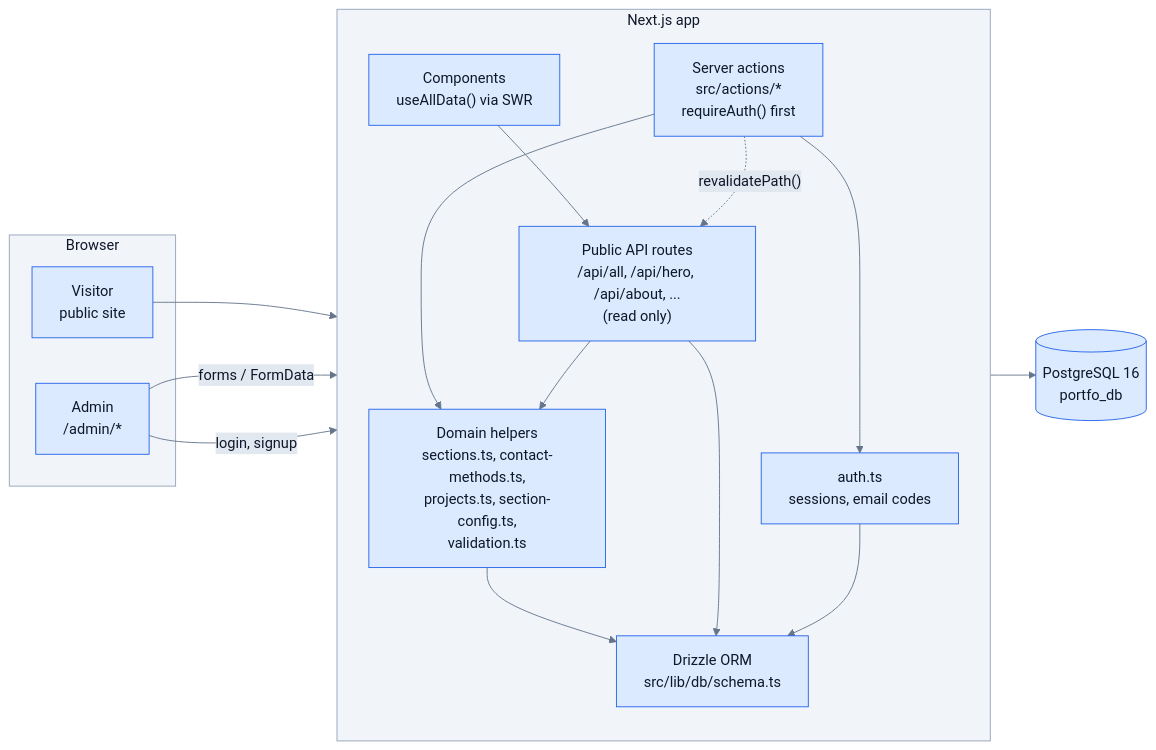
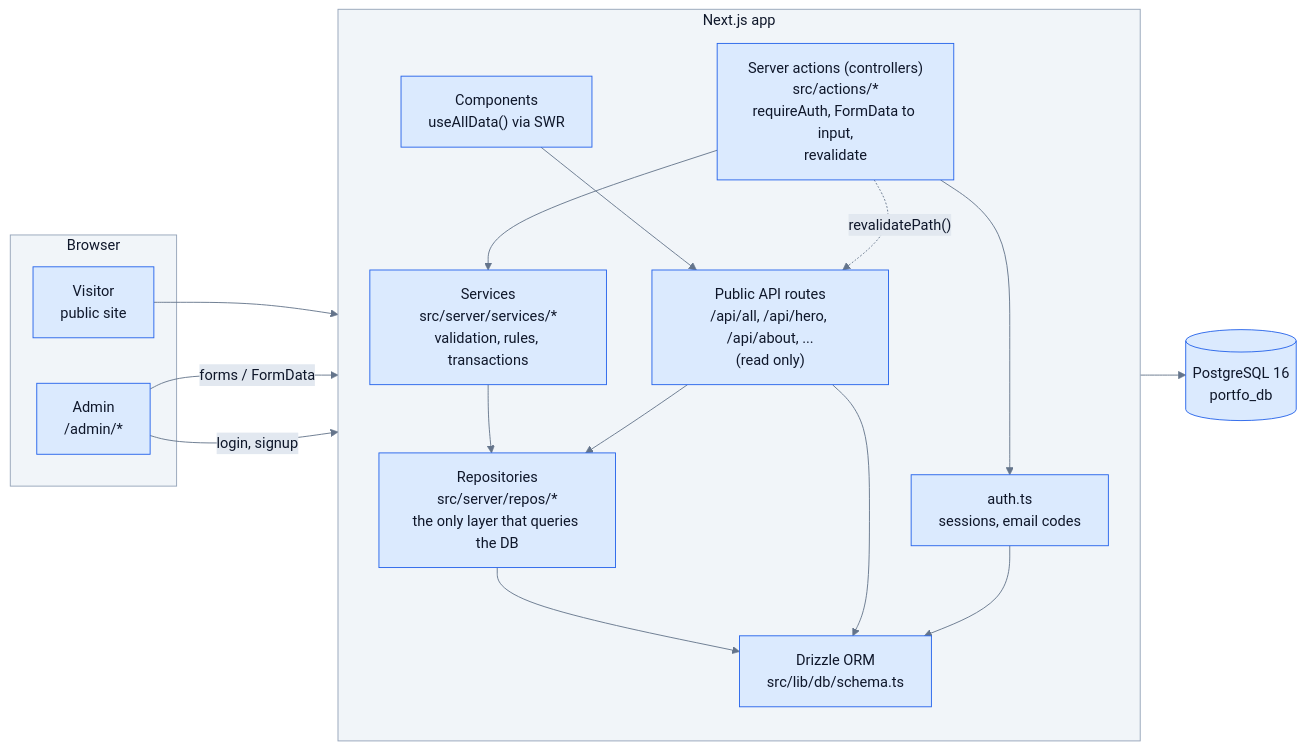
Before and after one commit to mhmdsbr/portfolio: the first of 14 diagrams in docs/database-architecture.md, drawn with Mermaid. The commit also changed other lines of this file and 50 other files, not shown here.

First line of the commit message:
refactor: split server actions into action, service and repository layers

````diff
--- a/docs/database-architecture.md
+++ b/docs/database-architecture.md
@@ -15,33 +15,34 @@
 ```mermaid
 %%{init: {'theme':'base','themeVariables':{'primaryColor':'#dbeafe','primaryTextColor':'#0f172a','primaryBorderColor':'#2563eb','secondaryColor':'#e0f2fe','tertiaryColor':'#f1f5f9','lineColor':'#64748b','textColor':'#0f172a','mainBkg':'#dbeafe','nodeBorder':'#2563eb','clusterBkg':'#f1f5f9','clusterBorder':'#94a3b8','titleColor':'#0f172a','edgeLabelBackground':'#e2e8f0'}}}%%
 flowchart LR
     subgraph Browser
         V[Visitor<br/>public site]
         A[Admin<br/>/admin/*]
     end
 
     subgraph Next["Next.js app"]
         direction TB
         UI["Components<br/>useAllData() via SWR"]
         API["Public API routes<br/>/api/all, /api/hero, /api/about, ...<br/>(read only)"]
-        ACT["Server actions<br/>src/actions/*<br/>requireAuth() first"]
-        LIB["Domain helpers<br/>sections.ts, contact-methods.ts,<br/>projects.ts, section-config.ts,<br/>validation.ts"]
+        ACT["Server actions (controllers)<br/>src/actions/*<br/>requireAuth, FormData to input,<br/>revalidate"]
+        SVC["Services<br/>src/server/services/*<br/>validation, rules, transactions"]
+        LIB["Repositories<br/>src/server/repos/*<br/>the only layer that queries the DB"]
         AUTH["auth.ts<br/>sessions, email codes"]
         DRZ["Drizzle ORM<br/>src/lib/db/schema.ts"]
     end
 
     PG[("PostgreSQL 16<br/>portfo_db")]
 
     V --> UI --> API
     A -->|forms / FormData| ACT
     A -->|login, signup| AUTH
-    ACT --> LIB
+    ACT --> SVC --> LIB
     API --> LIB
     ACT --> AUTH
     LIB --> DRZ
     API --> DRZ
     AUTH --> DRZ
     DRZ --> PG
 
     ACT -. "revalidatePath()" .-> API
 ```
````
